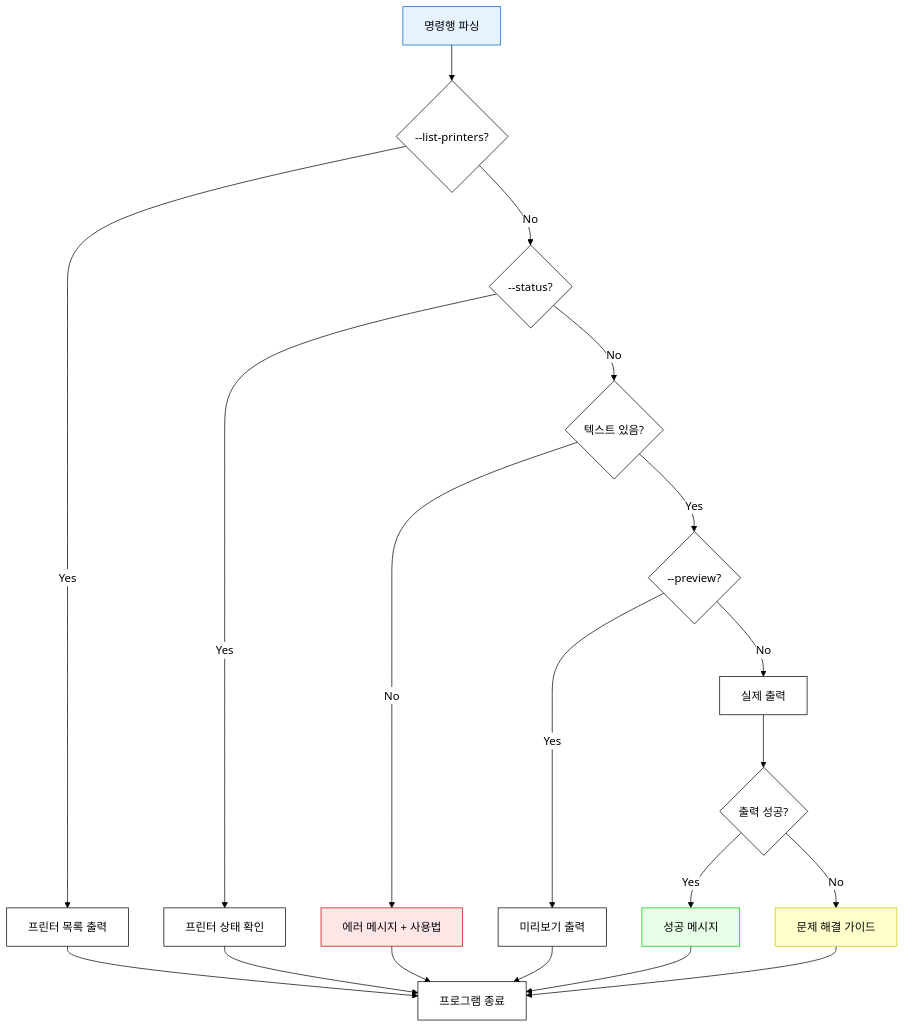
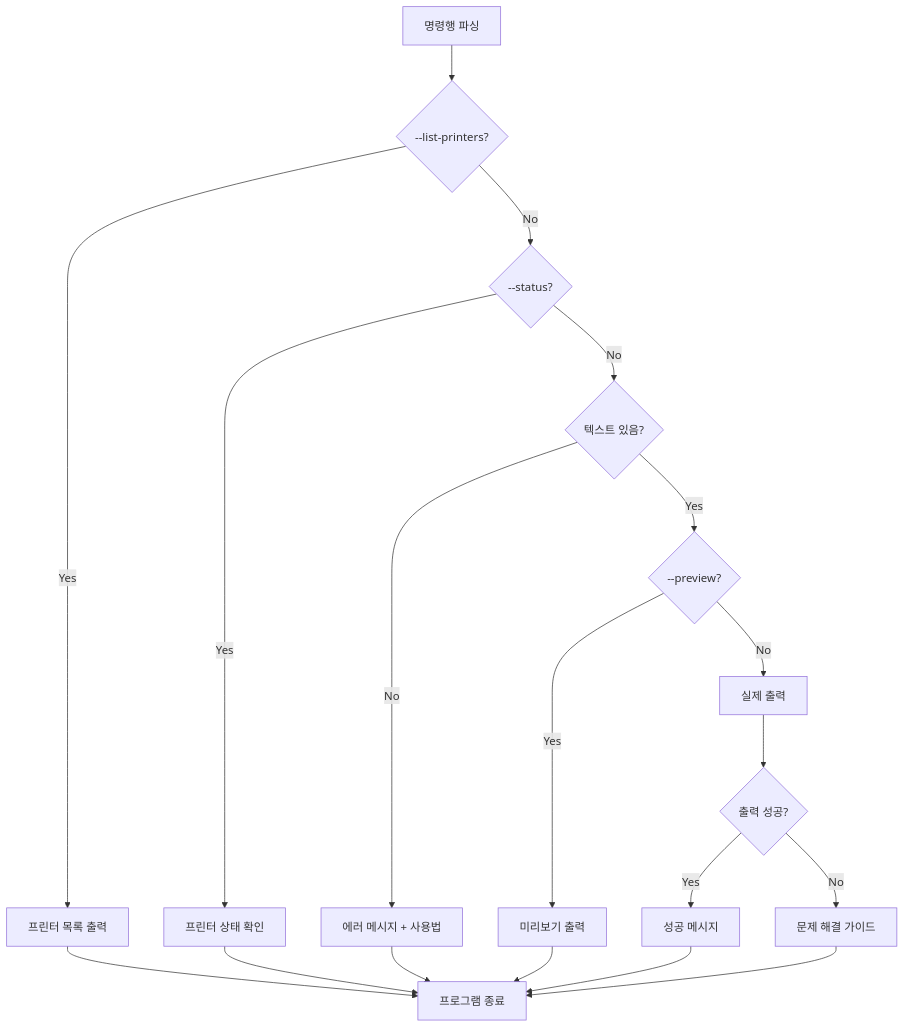
The fifth of 5 diagrams in docs/core-printer-utils-analysis.md (nicewook/receipt-printer), drawn with Mermaid before and after one commit. The commit also changed other lines of this file and 5 other files, not shown here.

First line of the commit message:
Fix documentation portal Mermaid rendering and clean up markdown files

````diff
--- a/docs/core-printer-utils-analysis.md
+++ b/docs/core-printer-utils-analysis.md
@@ -462,36 +411,23 @@
 ```mermaid
-%%{init: {
-  'theme': 'base',
-  'themeVariables': {
-    'primaryColor': '#ffffff',
-    'primaryTextColor': '#000000',
-    'primaryBorderColor': '#000000',
-    'lineColor': '#000000'
-  }
-}}%%
 flowchart TD
     START[명령행 파싱] --> CHECK_LIST{--list-printers?}
     CHECK_LIST -->|Yes| LIST[프린터 목록 출력]
     CHECK_LIST -->|No| CHECK_STATUS{--status?}
     CHECK_STATUS -->|Yes| STATUS[프린터 상태 확인]
     CHECK_STATUS -->|No| CHECK_TEXT{텍스트 있음?}
     CHECK_TEXT -->|No| ERROR[에러 메시지 + 사용법]
     CHECK_TEXT -->|Yes| CHECK_PREVIEW{--preview?}
     CHECK_PREVIEW -->|Yes| PREVIEW[미리보기 출력]
     CHECK_PREVIEW -->|No| PRINT[실제 출력]
     PRINT --> CHECK_SUCCESS{출력 성공?}
     CHECK_SUCCESS -->|No| TROUBLESHOOT[문제 해결 가이드]
     CHECK_SUCCESS -->|Yes| SUCCESS[성공 메시지]
     
     LIST --> END[프로그램 종료]
     STATUS --> END
     ERROR --> END
     PREVIEW --> END
     SUCCESS --> END
     TROUBLESHOOT --> END
     
-    style START fill:#e6f3ff,stroke:#0066cc,color:#000000
-    style ERROR fill:#ffe6e6,stroke:#cc0000,color:#000000
-    style SUCCESS fill:#e6ffe6,stroke:#00cc00,color:#000000
-    style TROUBLESHOOT fill:#ffffcc,stroke:#cccc00,color:#000000
 ```
````
